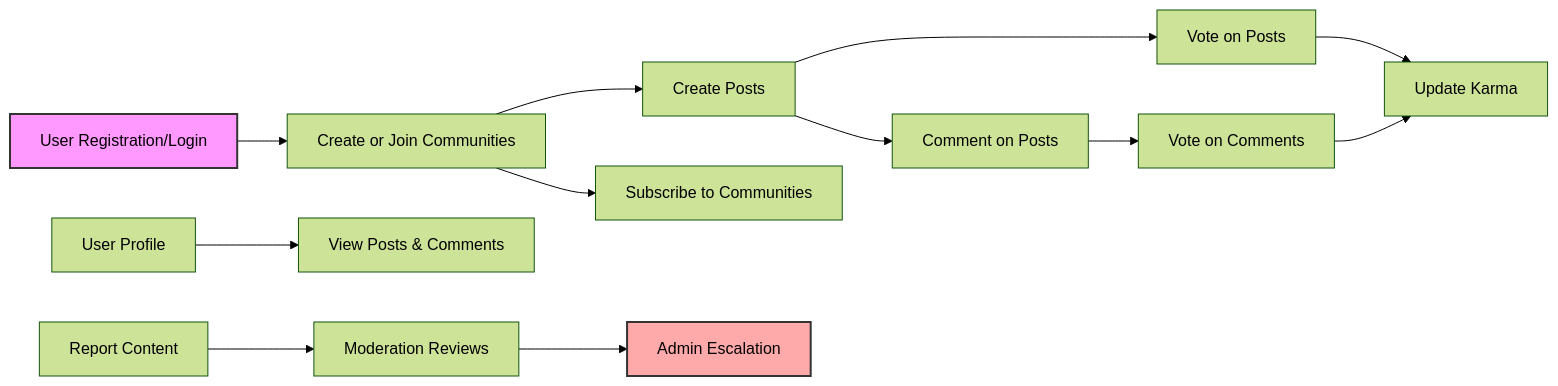
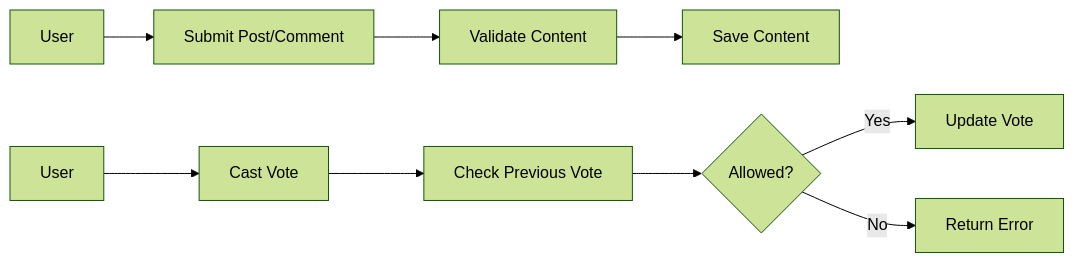
Before and after one commit to wrtnlabs/autobe-examples: the third of 3 diagrams in openai/gpt-4.1-mini/reddit/docs/analysis/03-functional-requirements.md, drawn with Mermaid (forest theme). The commit also changed other lines of this file and 16146 other files, not shown here.

````diff
--- a/openai/gpt-4.1-mini/reddit/docs/analysis/03-functional-requirements.md
+++ b/openai/gpt-4.1-mini/reddit/docs/analysis/03-functional-requirements.md
@@ -141,17 +134,12 @@
 ```mermaid
 graph LR
-    A["User Registration/Login"] --> B["Create or Join Communities"]
-    B --> C["Create Posts"]
-    C --> D["Vote on Posts"]
-    C --> E["Comment on Posts"]
-    E --> F["Vote on Comments"]
-    B --> G["Subscribe to Communities"]
-    H["User Profile"] --> I["View Posts & Comments"]
-    D --> J["Update Karma"]
-    F --> J
-    K["Report Content"] --> L["Moderation Reviews"]
-    L --> M["Admin Escalation"]
+  A["User"] --> B["Submit Post/Comment"]
+  B --> C["Validate Content"]
+  C --> D["Save Content"]
 
-    style A fill:#f9f,stroke:#333,stroke-width:2px
-    style M fill:#faa,stroke:#333,stroke-width:2px
+  E["User"] --> F["Cast Vote"]
+  F --> G["Check Previous Vote"]
+  G --> H{"Allowed?"}
+  H -->|"Yes"| I["Update Vote"]
+  H -->|"No"| J["Return Error"]
 ```
````
